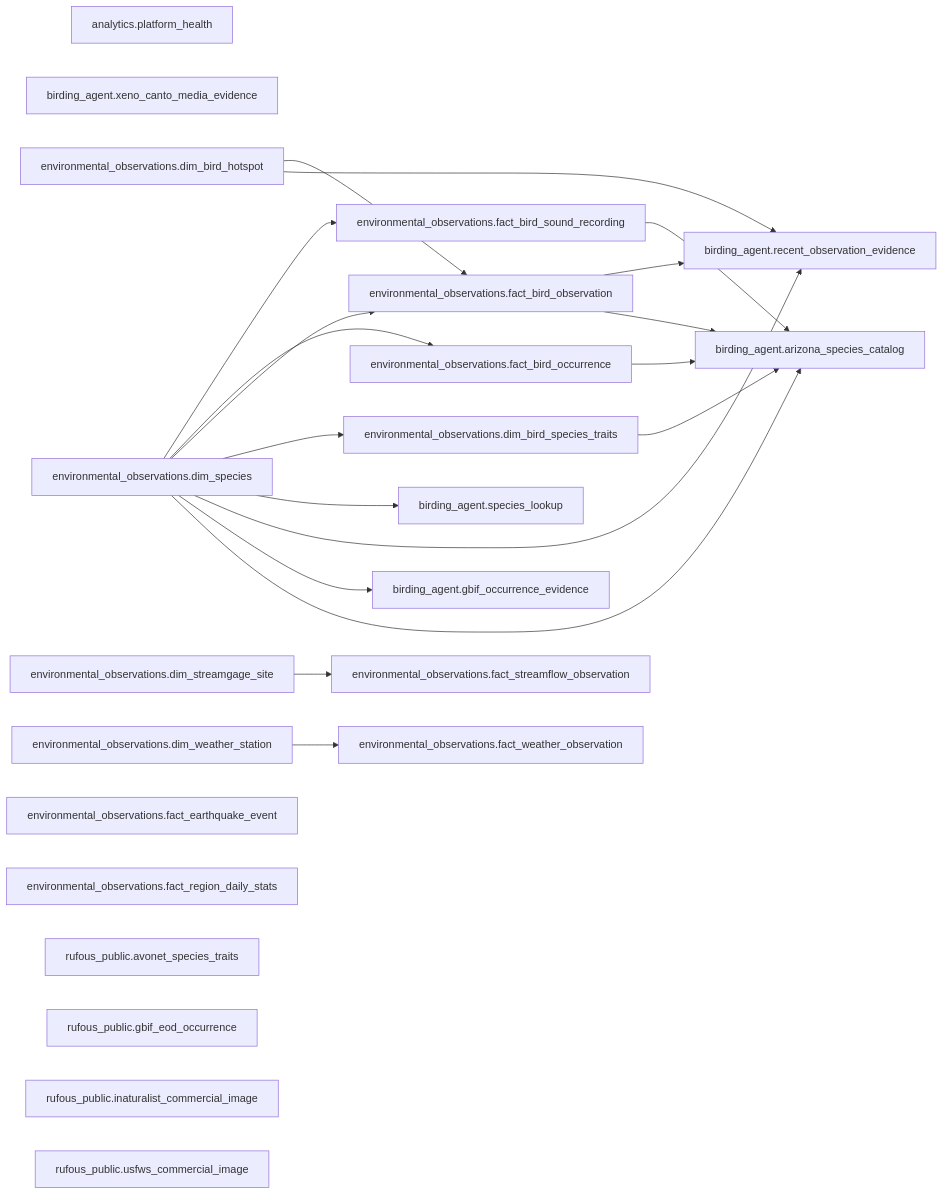
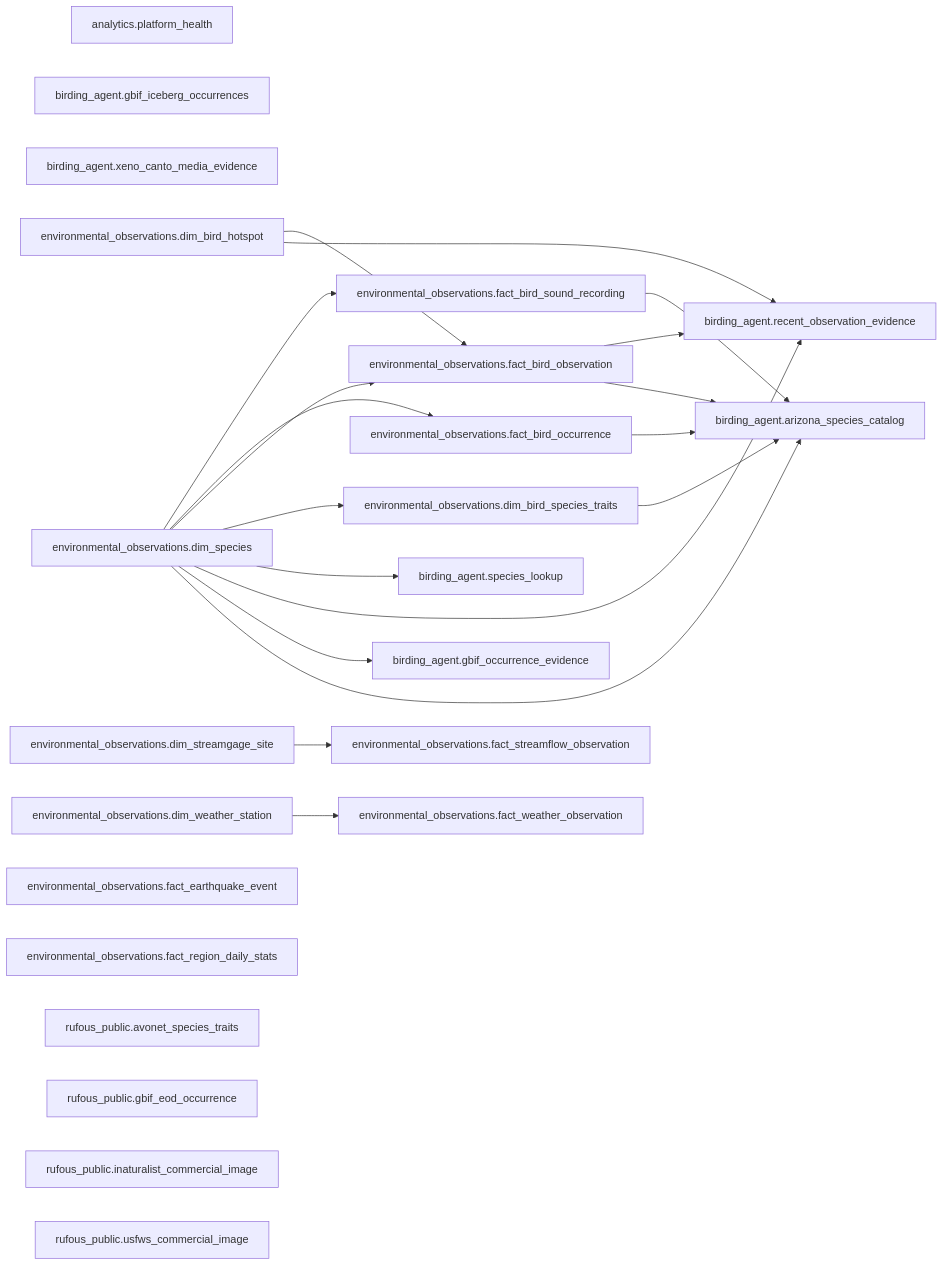
Before and after one commit to Doctacon/databox: the diagram in docs/dictionary/lineage.md, drawn with Mermaid. The commit also changed 78 other files, not shown here.

````diff
--- a/docs/dictionary/lineage.md
+++ b/docs/dictionary/lineage.md
@@ -5,65 +5,67 @@
 ```mermaid
 graph LR
     n0["analytics.platform_health"]
     n1["birding_agent.arizona_species_catalog"]
-    n2["birding_agent.gbif_occurrence_evidence"]
-    n3["birding_agent.recent_observation_evidence"]
-    n4["birding_agent.species_lookup"]
-    n5["birding_agent.xeno_canto_media_evidence"]
-    n6["environmental_observations.dim_bird_hotspot"]
-    n7["environmental_observations.dim_bird_species_traits"]
-    n8["environmental_observations.dim_species"]
-    n9["environmental_observations.dim_streamgage_site"]
-    n10["environmental_observations.dim_weather_station"]
-    n11["environmental_observations.fact_bird_observation"]
-    n12["environmental_observations.fact_bird_occurrence"]
-    n13["environmental_observations.fact_bird_sound_recording"]
-    n14["environmental_observations.fact_earthquake_event"]
-    n15["environmental_observations.fact_region_daily_stats"]
-    n16["environmental_observations.fact_streamflow_observation"]
-    n17["environmental_observations.fact_weather_observation"]
-    n18["rufous_public.avonet_species_traits"]
-    n19["rufous_public.gbif_eod_occurrence"]
-    n20["rufous_public.inaturalist_commercial_image"]
-    n21["rufous_public.usfws_commercial_image"]
-    n7 --> n1
+    n2["birding_agent.gbif_iceberg_occurrences"]
+    n3["birding_agent.gbif_occurrence_evidence"]
+    n4["birding_agent.recent_observation_evidence"]
+    n5["birding_agent.species_lookup"]
+    n6["birding_agent.xeno_canto_media_evidence"]
+    n7["environmental_observations.dim_bird_hotspot"]
+    n8["environmental_observations.dim_bird_species_traits"]
+    n9["environmental_observations.dim_species"]
+    n10["environmental_observations.dim_streamgage_site"]
+    n11["environmental_observations.dim_weather_station"]
+    n12["environmental_observations.fact_bird_observation"]
+    n13["environmental_observations.fact_bird_occurrence"]
+    n14["environmental_observations.fact_bird_sound_recording"]
+    n15["environmental_observations.fact_earthquake_event"]
+    n16["environmental_observations.fact_region_daily_stats"]
+    n17["environmental_observations.fact_streamflow_observation"]
+    n18["environmental_observations.fact_weather_observation"]
+    n19["rufous_public.avonet_species_traits"]
+    n20["rufous_public.gbif_eod_occurrence"]
+    n21["rufous_public.inaturalist_commercial_image"]
+    n22["rufous_public.usfws_commercial_image"]
     n8 --> n1
-    n11 --> n1
+    n9 --> n1
     n12 --> n1
     n13 --> n1
-    n8 --> n2
-    n6 --> n3
-    n8 --> n3
-    n11 --> n3
-    n8 --> n4
-    n8 --> n7
-    n6 --> n11
-    n8 --> n11
-    n8 --> n12
-    n8 --> n13
-    n9 --> n16
+    n14 --> n1
+    n9 --> n3
+    n7 --> n4
+    n9 --> n4
+    n12 --> n4
+    n9 --> n5
+    n9 --> n8
+    n7 --> n12
+    n9 --> n12
+    n9 --> n13
+    n9 --> n14
     n10 --> n17
+    n11 --> n18
 
     click n0 "analytics/platform_health.md"
     click n1 "birding_agent/arizona_species_catalog.md"
-    click n2 "birding_agent/gbif_occurrence_evidence.md"
-    click n3 "birding_agent/recent_observation_evidence.md"
-    click n4 "birding_agent/species_lookup.md"
-    click n5 "birding_agent/xeno_canto_media_evidence.md"
-    click n6 "environmental_observations/dim_bird_hotspot.md"
-    click n7 "environmental_observations/dim_bird_species_traits.md"
-    click n8 "environmental_observations/dim_species.md"
-    click n9 "environmental_observations/dim_streamgage_site.md"
-    click n10 "environmental_observations/dim_weather_station.md"
-    click n11 "environmental_observations/fact_bird_observation.md"
-    click n12 "environmental_observations/fact_bird_occurrence.md"
-    click n13 "environmental_observations/fact_bird_sound_recording.md"
-    click n14 "environmental_observations/fact_earthquake_event.md"
-    click n15 "environmental_observations/fact_region_daily_stats.md"
-    click n16 "environmental_observations/fact_streamflow_observation.md"
-    click n17 "environmental_observations/fact_weather_observation.md"
-    click n18 "rufous_public/avonet_species_traits.md"
-    click n19 "rufous_public/gbif_eod_occurrence.md"
-    click n20 "rufous_public/inaturalist_commercial_image.md"
-    click n21 "rufous_public/usfws_commercial_image.md"
+    click n2 "birding_agent/gbif_iceberg_occurrences.md"
+    click n3 "birding_agent/gbif_occurrence_evidence.md"
+    click n4 "birding_agent/recent_observation_evidence.md"
+    click n5 "birding_agent/species_lookup.md"
+    click n6 "birding_agent/xeno_canto_media_evidence.md"
+    click n7 "environmental_observations/dim_bird_hotspot.md"
+    click n8 "environmental_observations/dim_bird_species_traits.md"
+    click n9 "environmental_observations/dim_species.md"
+    click n10 "environmental_observations/dim_streamgage_site.md"
+    click n11 "environmental_observations/dim_weather_station.md"
+    click n12 "environmental_observations/fact_bird_observation.md"
+    click n13 "environmental_observations/fact_bird_occurrence.md"
+    click n14 "environmental_observations/fact_bird_sound_recording.md"
+    click n15 "environmental_observations/fact_earthquake_event.md"
+    click n16 "environmental_observations/fact_region_daily_stats.md"
+    click n17 "environmental_observations/fact_streamflow_observation.md"
+    click n18 "environmental_observations/fact_weather_observation.md"
+    click n19 "rufous_public/avonet_species_traits.md"
+    click n20 "rufous_public/gbif_eod_occurrence.md"
+    click n21 "rufous_public/inaturalist_commercial_image.md"
+    click n22 "rufous_public/usfws_commercial_image.md"
 ```
````
